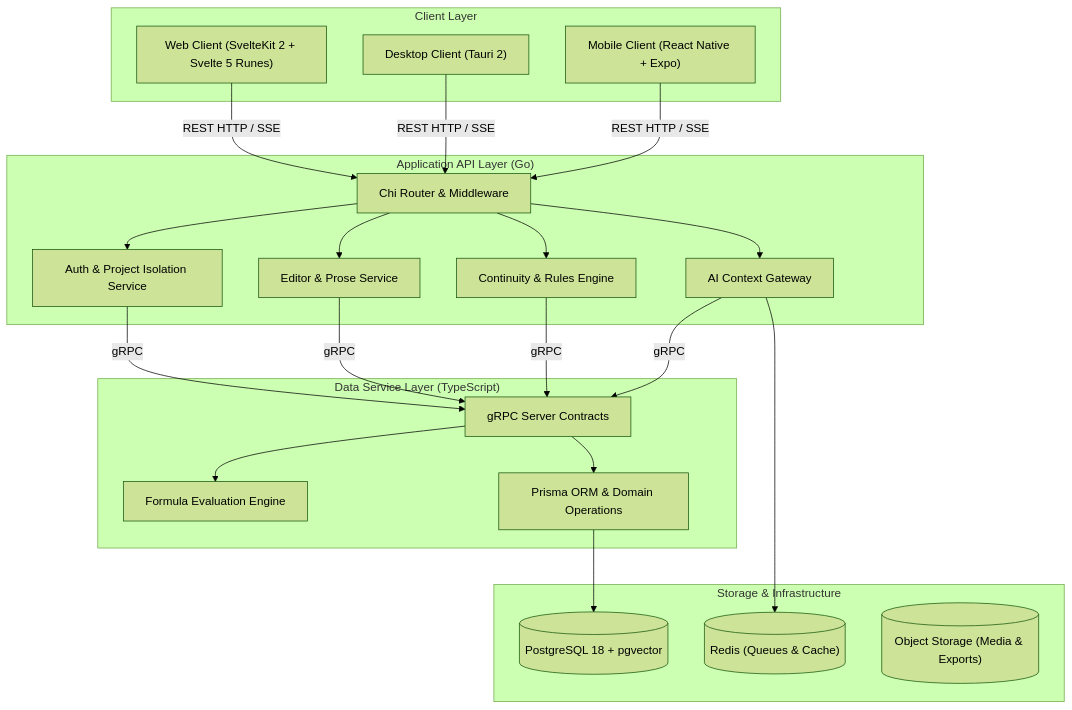
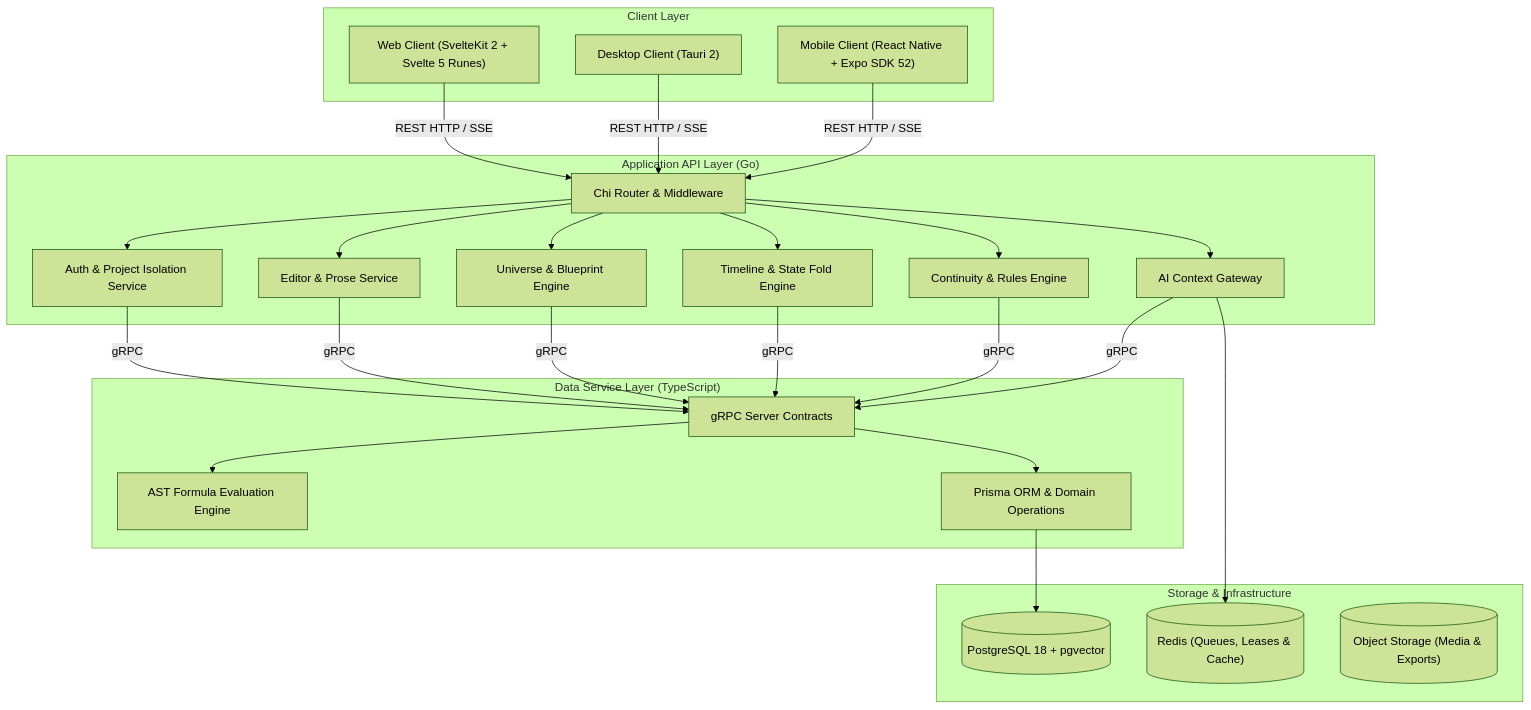
Before and after one commit to Yogesh-Kumar-Mallik-dev/NovWrite: the diagram in NOVWRITE_ARCHITECTURE.md, drawn with Mermaid (forest theme). The commit also changed other lines of this file and 5 other files, not shown here.

Commit message:
docs: update comprehensive architecture specifications for frontend, backend, and database revamp

````diff
--- a/NOVWRITE_ARCHITECTURE.md
+++ b/NOVWRITE_ARCHITECTURE.md
@@ -26,35 +27,37 @@
 ```mermaid
 flowchart TB
     subgraph Client ["Client Layer"]
         W["Web Client (SvelteKit 2 + Svelte 5 Runes)"]
         D["Desktop Client (Tauri 2)"]
-        M["Mobile Client (React Native + Expo)"]
+        M["Mobile Client (React Native + Expo SDK 52)"]
     end
 
     subgraph API ["Application API Layer (Go)"]
         Router["Chi Router & Middleware"]
         Auth["Auth & Project Isolation Service"]
         Editor["Editor & Prose Service"]
+        Universe["Universe & Blueprint Engine"]
+        Timeline["Timeline & State Fold Engine"]
         Continuity["Continuity & Rules Engine"]
         AIGW["AI Context Gateway"]
     end
 
     subgraph DataSvc ["Data Service Layer (TypeScript)"]
         gRPC["gRPC Server Contracts"]
-        Formula["Formula Evaluation Engine"]
+        Formula["AST Formula Evaluation Engine"]
         Prisma["Prisma ORM & Domain Operations"]
     end
 
     subgraph Storage ["Storage & Infrastructure"]
         PG[("PostgreSQL 18 + pgvector")]
-        Redis[("Redis (Queues & Cache)")]
+        Redis[("Redis (Queues, Leases & Cache)")]
         S3[("Object Storage (Media & Exports)")]
     end
 
     W & D & M -->|"REST HTTP / SSE"| Router
-    Router --> Auth & Editor & Continuity & AIGW
-    Auth & Editor & Continuity & AIGW -->|"gRPC"| gRPC
+    Router --> Auth & Editor & Universe & Timeline & Continuity & AIGW
+    Auth & Editor & Universe & Timeline & Continuity & AIGW -->|"gRPC"| gRPC
     gRPC --> Prisma & Formula
     Prisma --> PG
     AIGW --> Redis
 ```
````
